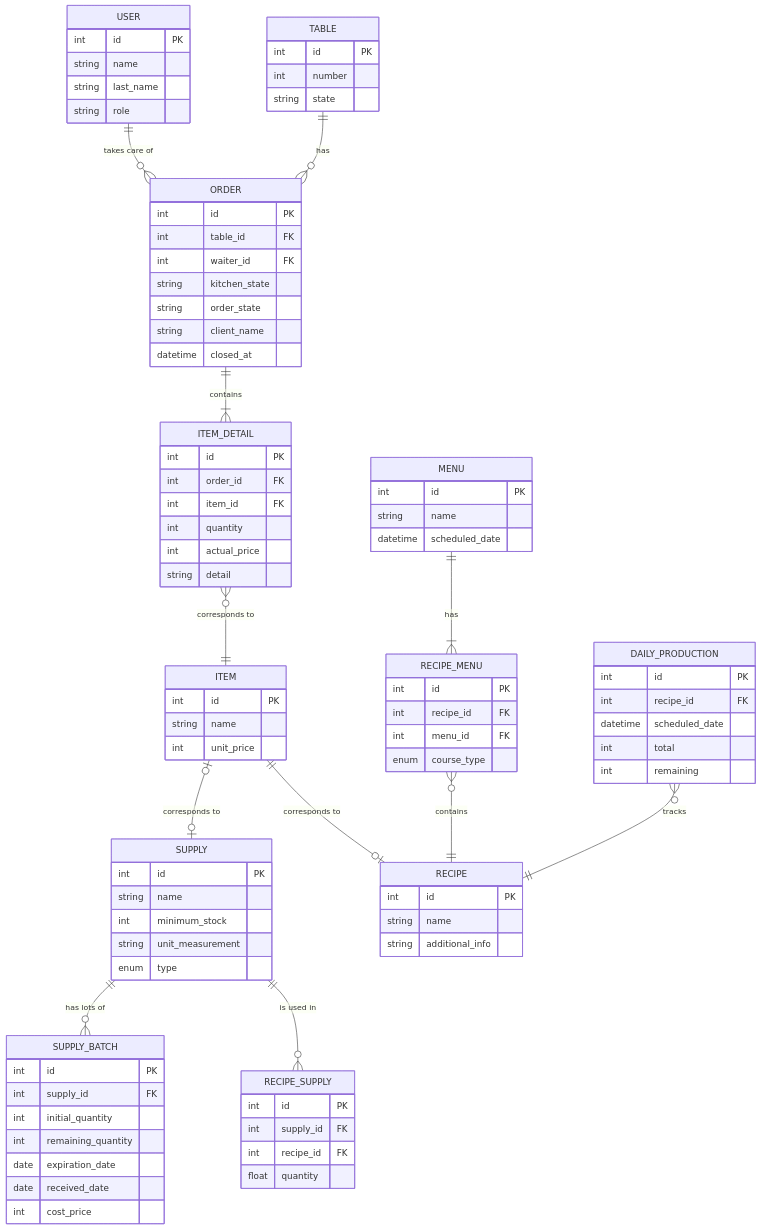
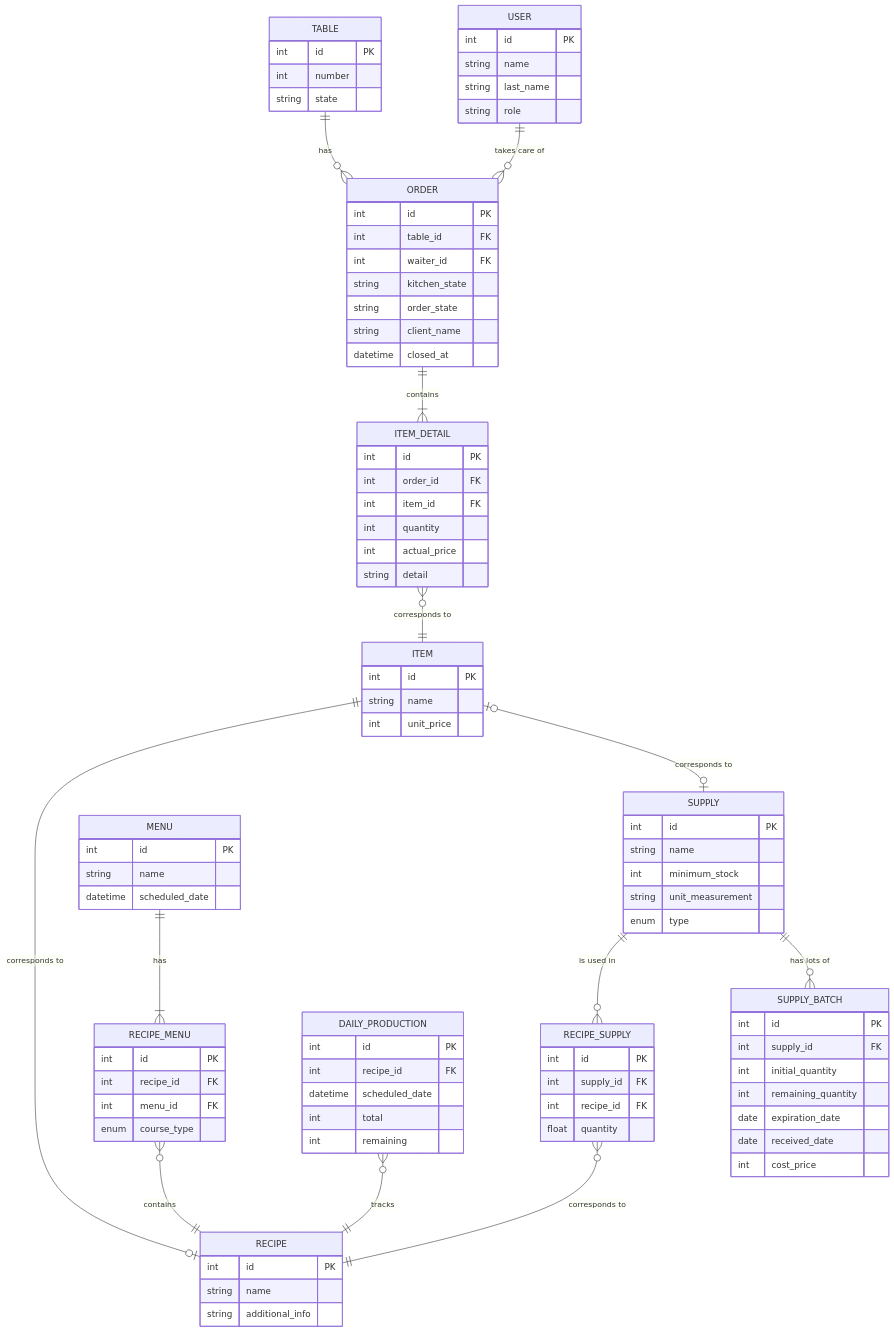
One commit to Josecris10/sistema-restaurante changed the diagram in docs/ARCHITECTURE.md. Above: the diagram before and after it, drawn with Mermaid. The commit also changed 19 other files, not shown here.

```diff
--- a/docs/ARCHITECTURE.md
+++ b/docs/ARCHITECTURE.md
@@ -33,6 +33,7 @@
 ORDER ||--|{ ITEM_DETAIL: "contains"
 RECIPE_MENU }o--|| RECIPE : "contains"
 SUPPLY ||--o{ RECIPE_SUPPLY : "is used in"
+RECIPE_SUPPLY }o--|| RECIPE: "corresponds to"
 ITEM_DETAIL }o--|| ITEM: "corresponds to "
 ITEM ||--o| RECIPE: "corresponds to"
 ITEM |o--o| SUPPLY : "corresponds to"
```
